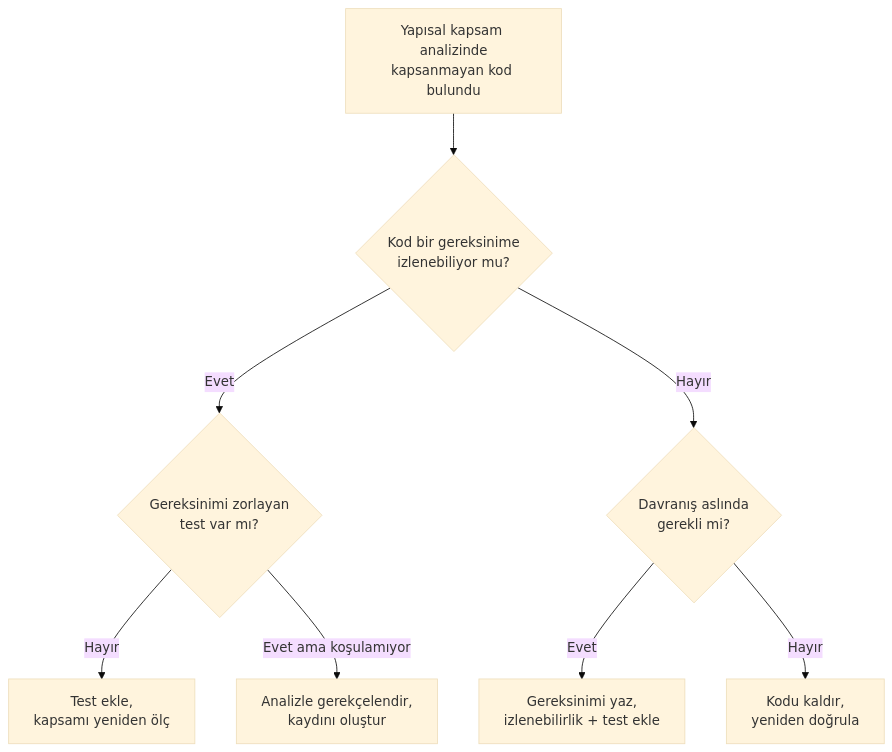
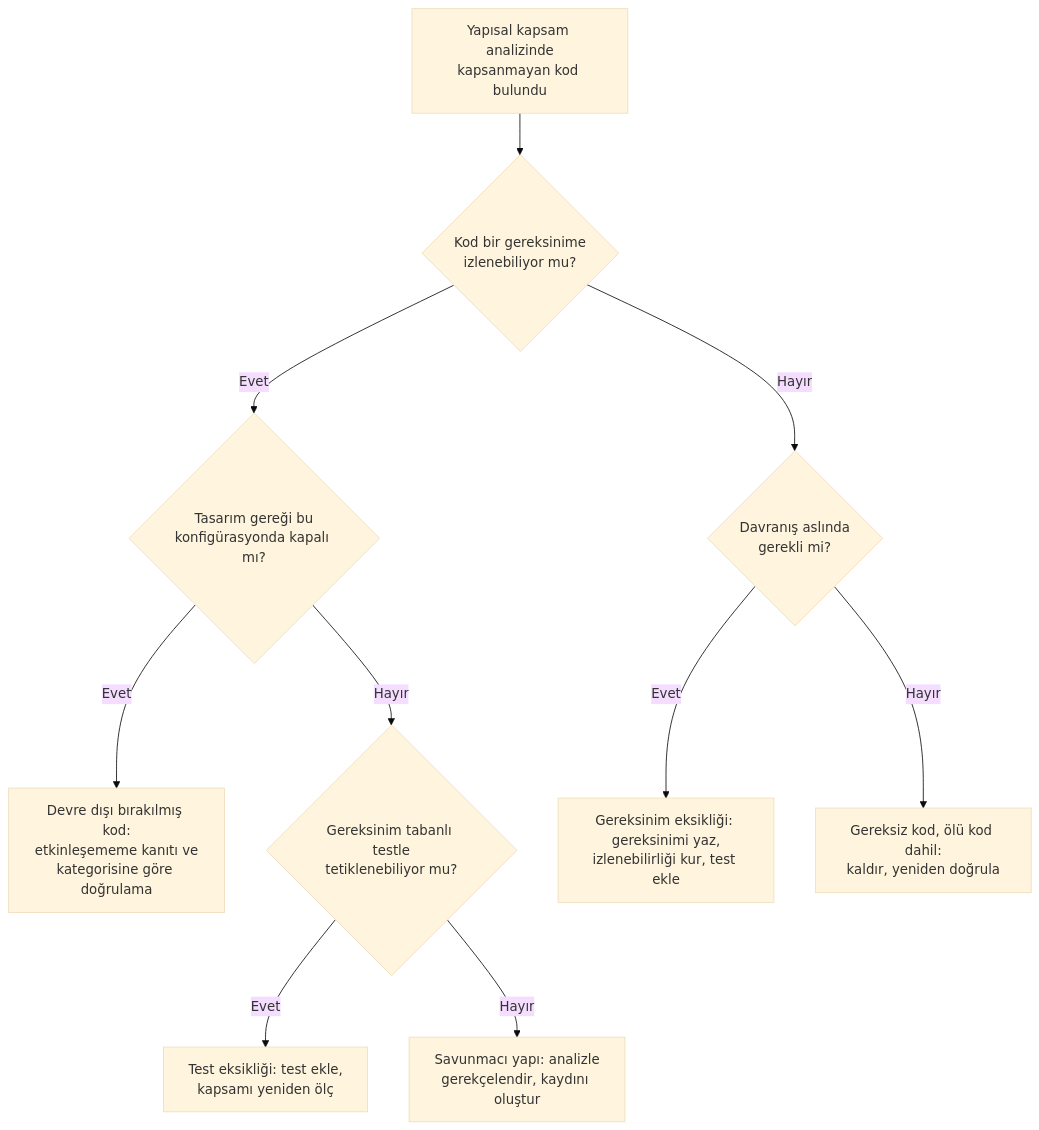
The diagram in kitap/05-ozel-konular/17-kapsanmayan-kodlar.md (Mavrikant/aviyonikyazilim), drawn with Mermaid (base theme) before and after one commit. The commit also changed other lines of this file and 35 other files, not shown here.

````diff
--- a/kitap/05-ozel-konular/17-kapsanmayan-kodlar.md
+++ b/kitap/05-ozel-konular/17-kapsanmayan-kodlar.md
@@ -67,10 +127,12 @@
 ```mermaid
 flowchart TD
-    A[Yapısal kapsam analizinde<br/>kapsanmayan kod bulundu] --> B{Kod bir gereksinime<br/>izlenebiliyor mu?}
-    B -- Evet --> C{Gereksinimi zorlayan<br/>test var mı?}
-    C -- Hayır --> D[Test ekle,<br/>kapsamı yeniden ölç]
-    C -- Evet ama koşulamıyor --> E[Analizle gerekçelendir,<br/>kaydını oluştur]
-    B -- Hayır --> F{Davranış aslında<br/>gerekli mi?}
-    F -- Evet --> G[Gereksinimi yaz,<br/>izlenebilirlik + test ekle]
-    F -- Hayır --> H[Kodu kaldır,<br/>yeniden doğrula]
+    A["Yapısal kapsam analizinde<br/>kapsanmayan kod bulundu"] --> B{"Kod bir gereksinime<br/>izlenebiliyor mu?"}
+    B -- Evet --> K{"Tasarım gereği bu<br/>konfigürasyonda kapalı mı?"}
+    K -- Evet --> L["Devre dışı bırakılmış kod:<br/>etkinleşememe kanıtı ve<br/>kategorisine göre doğrulama"]
+    K -- Hayır --> C{"Gereksinim tabanlı testle<br/>tetiklenebiliyor mu?"}
+    C -- Evet --> D["Test eksikliği: test ekle,<br/>kapsamı yeniden ölç"]
+    C -- Hayır --> E["Savunmacı yapı: analizle<br/>gerekçelendir, kaydını oluştur"]
+    B -- Hayır --> F{"Davranış aslında<br/>gerekli mi?"}
+    F -- Evet --> G["Gereksinim eksikliği: gereksinimi yaz,<br/>izlenebilirliği kur, test ekle"]
+    F -- Hayır --> H["Gereksiz kod, ölü kod dahil:<br/>kaldır, yeniden doğrula"]
 ```
````
